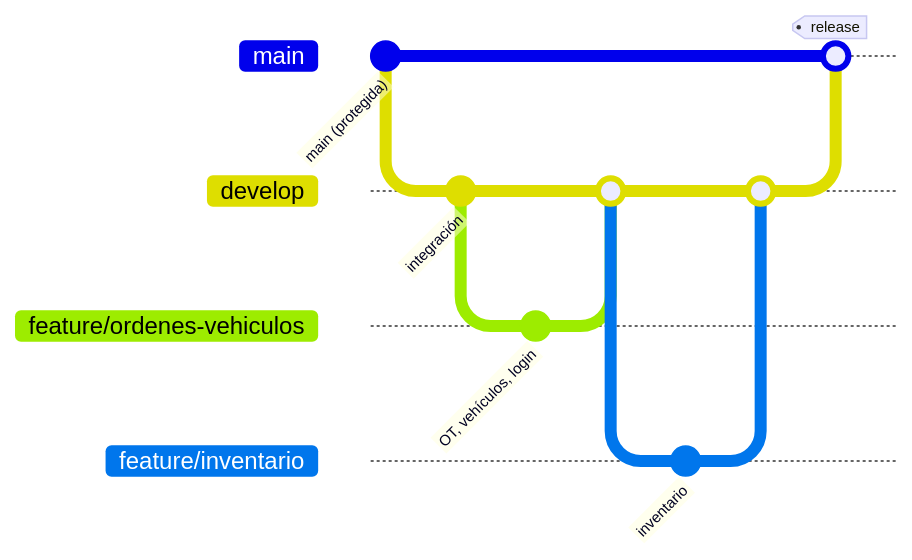
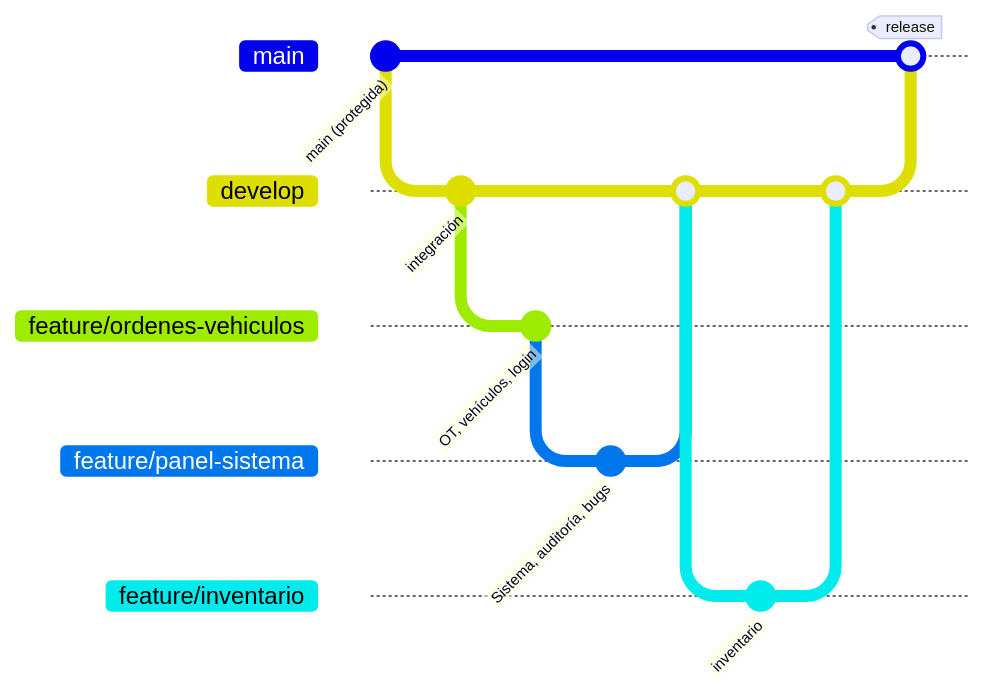
The tenth of 10 diagrams in docs/ARQUITECTURA.md (dannyjoeltenelema-debug/Taller-Automotriz), drawn with Mermaid before and after one commit. The commit also changed other lines of this file and 1 other file, not shown here.

````diff
--- a/docs/ARQUITECTURA.md
+++ b/docs/ARQUITECTURA.md
@@ -521,16 +617,18 @@
 ```mermaid
 gitGraph
     commit id: "main (protegida)"
     branch develop
     commit id: "integración"
     branch feature/ordenes-vehiculos
     commit id: "OT, vehículos, login"
+    branch feature/panel-sistema
+    commit id: "Sistema, auditoría, bugs"
     checkout develop
-    merge feature/ordenes-vehiculos
+    merge feature/panel-sistema
     branch feature/inventario
     commit id: "inventario"
     checkout develop
     merge feature/inventario
     checkout main
     merge develop tag: "release"
 ```
````
